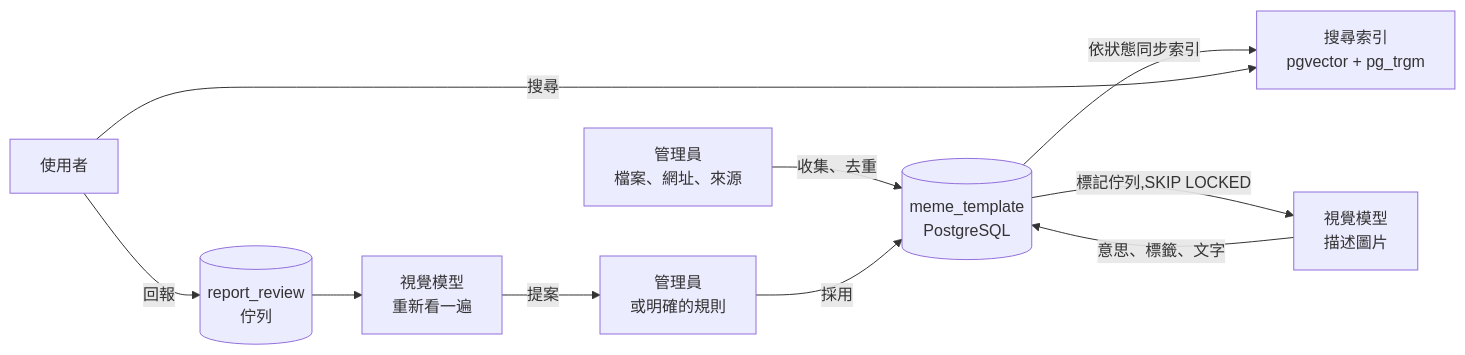
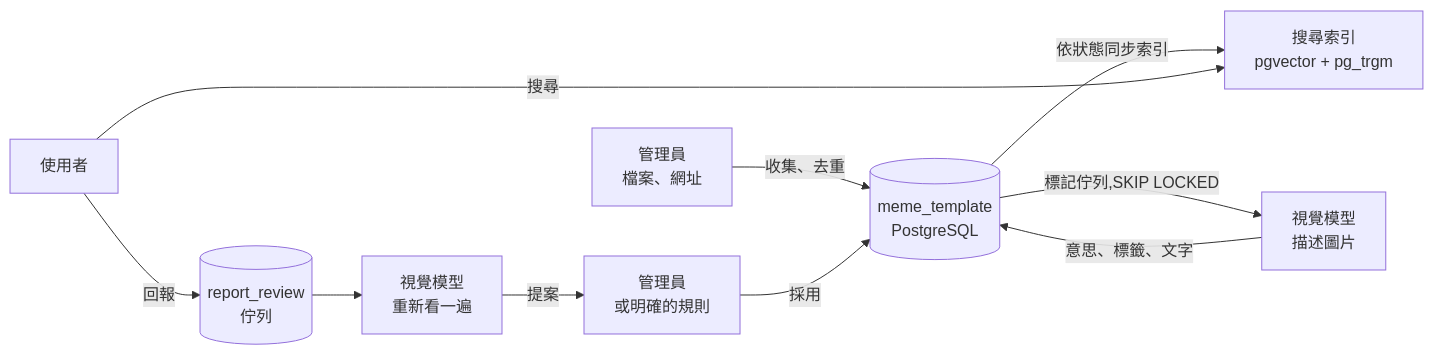
Before and after one commit to chun-wei0413/WTM: the first of 2 diagrams in docs/technical.zh-TW.md, drawn with Mermaid. The commit also changed other lines of this file and 4 other files, not shown here.

````diff
--- a/docs/technical.zh-TW.md
+++ b/docs/technical.zh-TW.md
@@ -30,12 +30,12 @@
 ```mermaid
 flowchart LR
-    A[管理員<br/>檔案、網址、來源] -->|收集、去重| L[(meme_template<br/>PostgreSQL)]
+    A[管理員<br/>檔案、網址] -->|收集、去重| L[(meme_template<br/>PostgreSQL)]
     L -->|標記佇列,SKIP LOCKED| V[視覺模型<br/>描述圖片]
     V -->|意思、標籤、文字| L
     L -->|依狀態同步索引| S[搜尋索引<br/>pgvector + pg_trgm]
     U[使用者] -->|搜尋| S
     U -->|回報| R[(report_review<br/>佇列)]
     R --> V2[視覺模型<br/>重新看一遍]
     V2 -->|提案| AD[管理員<br/>或明確的規則]
     AD -->|採用| L
 ```
````
